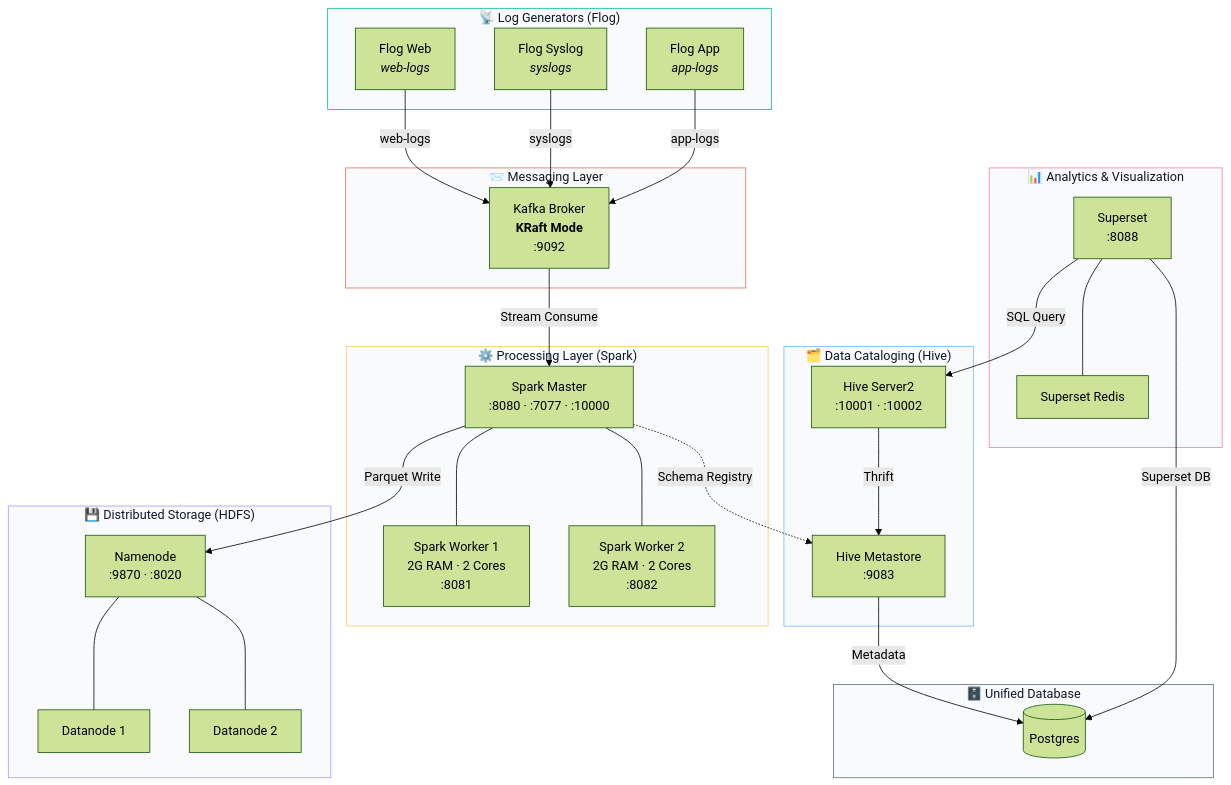
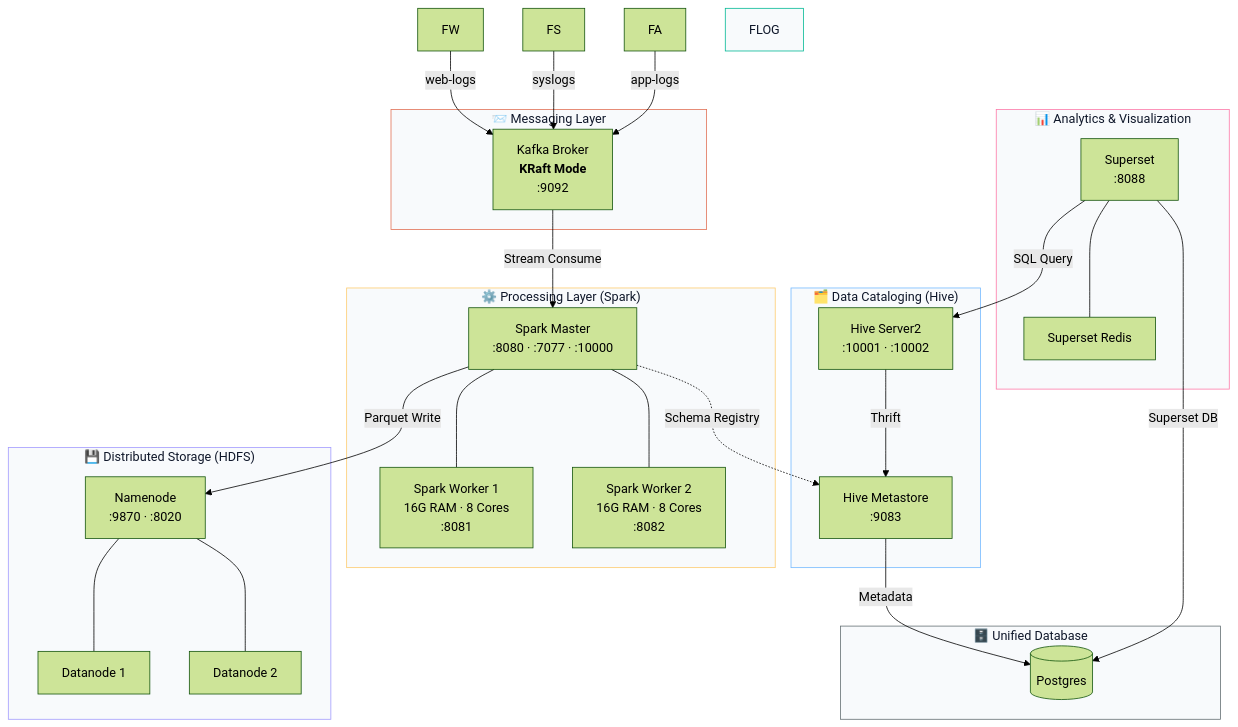
The diagram in README.md (yusufarbc/Apache-BigData-SIEM), drawn with Mermaid (forest theme) before and after one commit.

Commit message:
docs: auto-update architecture diagram from docker-compose.yml

````diff
--- a/README.md
+++ b/README.md
@@ -22,62 +22,56 @@
 ```mermaid
 graph TD
-    subgraph FLOG["📡 Log Generators (Flog)"]
-        FW["Flog Web<br/><i>web-logs</i>"]
-        FS["Flog Syslog<br/><i>syslogs</i>"]
-        FA["Flog App<br/><i>app-logs</i>"]
-    end
-
     subgraph KAFKA["📨 Messaging Layer"]
         KB["Kafka Broker<br/><b>KRaft Mode</b><br/>:9092"]
     end
 
     subgraph SPARK["⚙️ Processing Layer (Spark)"]
         SM["Spark Master<br/>:8080 · :7077 · :10000"]
-        SW1["Spark Worker 1<br/>2G RAM · 2 Cores<br/>:8081"]
-        SW2["Spark Worker 2<br/>2G RAM · 2 Cores<br/>:8082"]
+        SW1["Spark Worker 1<br/>16G RAM · 8 Cores<br/>:8081"]
+        SW2["Spark Worker 2<br/>16G RAM · 8 Cores<br/>:8082"]
     end
 
     subgraph HIVE["🗂️ Data Cataloging (Hive)"]
         HM["Hive Metastore<br/>:9083"]
         HS2["Hive Server2<br/>:10001 · :10002"]
     end
 
     subgraph HDFS["💾 Distributed Storage (HDFS)"]
         NN["Namenode<br/>:9870 · :8020"]
         DN1["Datanode 1"]
         DN2["Datanode 2"]
     end
 
     subgraph DB["🗄️ Unified Database"]
         PG[("Postgres")]
     end
 
     subgraph VIZ["📊 Analytics & Visualization"]
         SRED["Superset Redis"]
         SUP["Superset<br/>:8088"]
     end
 
     FW -->|"web-logs"| KB
     FS -->|"syslogs"| KB
     FA -->|"app-logs"| KB
     KB -->|"Stream Consume"| SM
     SM --- SW1
     SM --- SW2
     SM -->|"Parquet Write"| NN
     NN --- DN1
     NN --- DN2
     HM -->|"Metadata"| PG
     HS2 -->|"Thrift"| HM
     SM -.->|"Schema Registry"| HM
     SUP -->|"Superset DB"| PG
     SUP -->|"SQL Query"| HS2
     SUP --- SRED
 
     style FLOG fill:#f8fafc,stroke:#00b894,color:#0f172a
     style KAFKA fill:#f8fafc,stroke:#e17055,color:#0f172a
     style SPARK fill:#f8fafc,stroke:#fdcb6e,color:#0f172a
     style HIVE fill:#f8fafc,stroke:#74b9ff,color:#0f172a
     style HDFS fill:#f8fafc,stroke:#a29bfe,color:#0f172a
     style DB fill:#f8fafc,stroke:#636e72,color:#0f172a
     style VIZ fill:#f8fafc,stroke:#fd79a8,color:#0f172a
 ```
````
